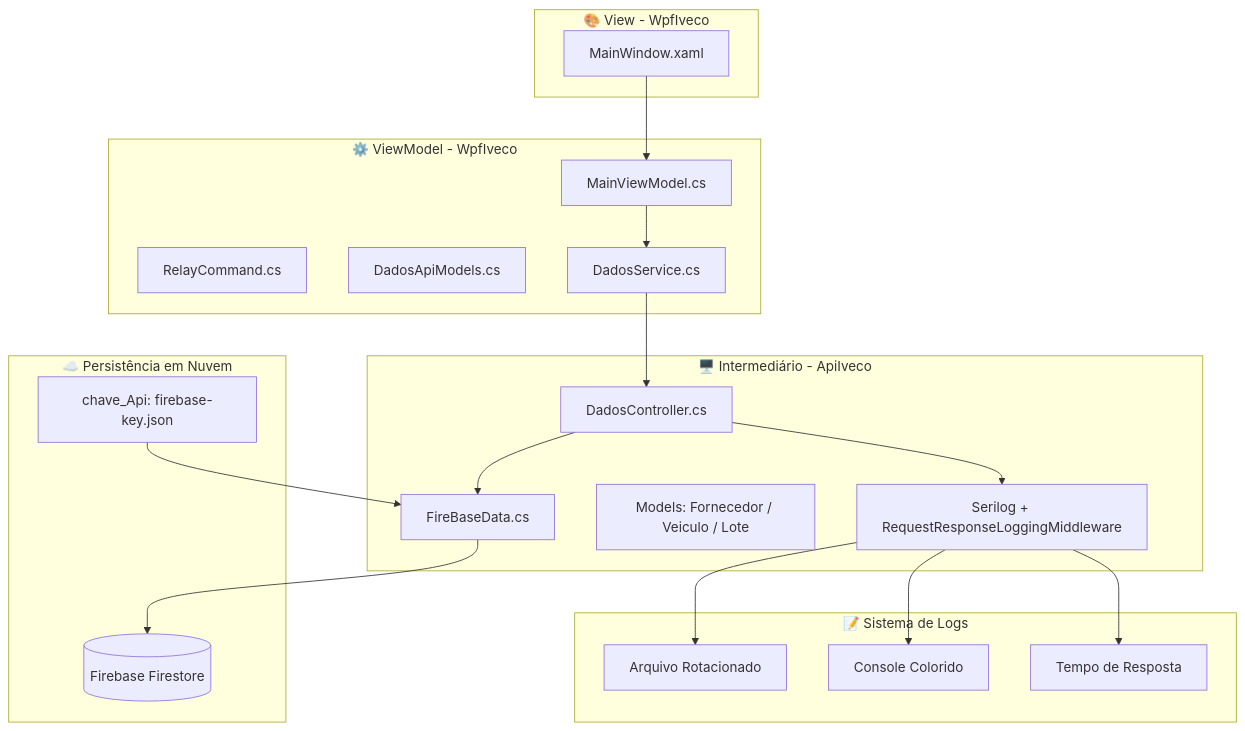
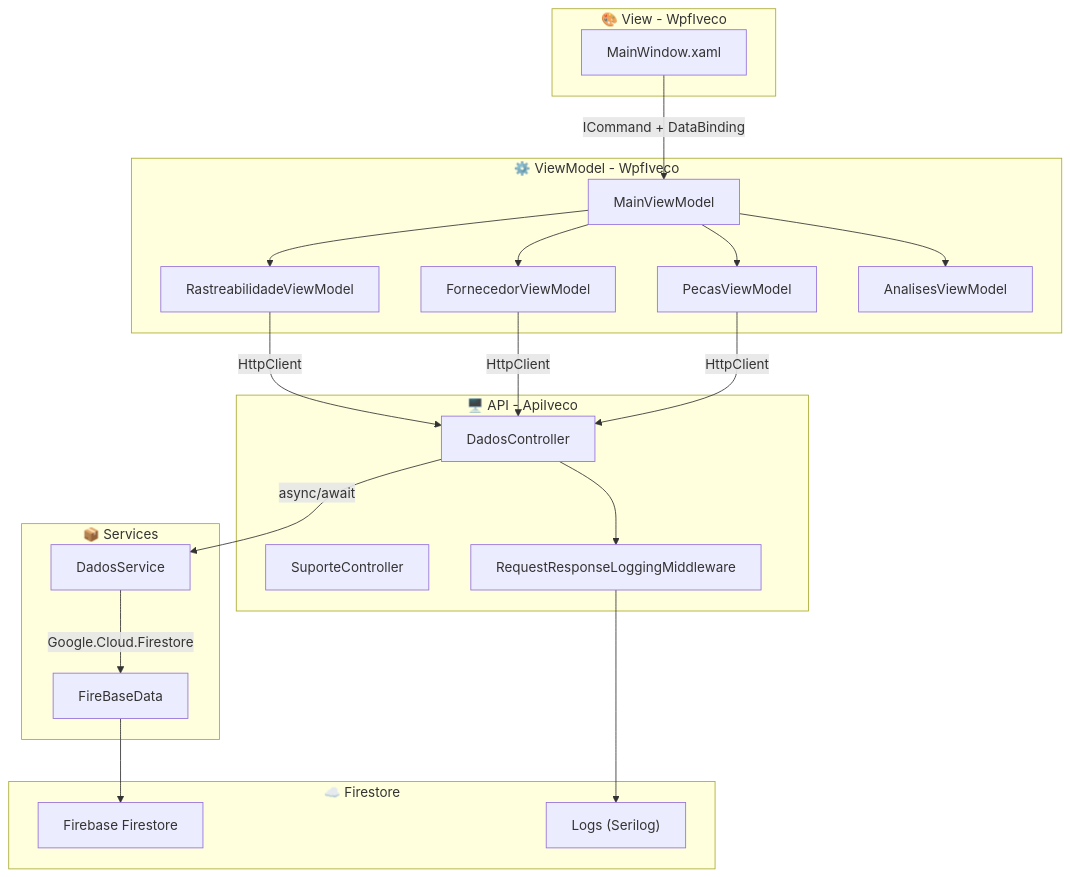
One commit to NicolasOlim/Ivec_Green_Ledger changed the first of 2 diagrams in README.md. Above: the diagram before and after it, drawn with Mermaid. The commit also changed other lines of this file, not shown here.

````diff
--- a/README.md
+++ b/README.md
@@ -104,40 +112,47 @@
 ```mermaid
 graph TD
-    subgraph Camada_View [🎨 View - WpfIveco]
-        MW[MainWindow.xaml]
+    subgraph Camada_View ["🎨 View - WpfIveco"]
+        MW["MainWindow.xaml"]
     end
     
-    subgraph Camada_ViewModel [⚙️ ViewModel - WpfIveco]
-        MVM[MainViewModel.cs]
-        RC[RelayCommand.cs]
-        M_Wpf[DadosApiModels.cs]
-        S_Wpf[DadosService.cs]
+    subgraph Camada_ViewModel ["⚙️ ViewModel - WpfIveco"]
+        MVM["MainViewModel"]
+        RVM["RastreabilidadeViewModel"]
+        FVM["FornecedorViewModel"]
+        PVM["PecasViewModel"]
+        AVM["AnalisesViewModel"]
     end
     
-    subgraph Camada_BackEnd [🖥️ Intermediário - ApiIveco]
-        CTRL[DadosController.cs]
-        S_Api[FireBaseData.cs]
-        Models[Models: Fornecedor / Veiculo / Lote]
-        LOGS[Serilog + RequestResponseLoggingMiddleware]
+    subgraph Camada_API ["🖥️ API - ApiIveco"]
+        CTRL["DadosController"]
+        SUP["SuporteController"]
+        LOG["RequestResponseLoggingMiddleware"]
     end
 
-    subgraph Camada_Data [☁️ Persistência em Nuvem]
-        KEY[chave_Api: firebase-key.json] --> S_Api
-        S_Api --> FS[(Firebase Firestore)]
+    subgraph Camada_Service ["📦 Services"]
+        DS["DadosService"]
+        FB["FireBaseData"]
+    end
+
+    subgraph Camada_Data ["☁️ Firestore"]
+        DB["Firebase Firestore"]
+        LOGS["Logs (Serilog)"]
     end
     
-    subgraph Camada_Logs [📝 Sistema de Logs]
-        FILE[Arquivo Rotacionado]
-        CONSOLE[Console Colorido]
-        RESPONSE[Tempo de Resposta]
-    end
+    MW -->|ICommand + DataBinding| MVM
+    MVM --> RVM
+    MVM --> FVM
+    MVM --> PVM
+    MVM --> AVM
     
-    MW --> MVM
-    MVM --> S_Wpf
-    S_Wpf --> CTRL
-    CTRL --> S_Api
-    CTRL --> LOGS
-    LOGS --> FILE
-    LOGS --> CONSOLE
-    LOGS --> RESPONSE
+    RVM -->|HttpClient| CTRL
+    FVM -->|HttpClient| CTRL
+    PVM -->|HttpClient| CTRL
+    
+    CTRL -->|async/await| DS
+    DS -->|Google.Cloud.Firestore| FB
+    FB --> DB
+    
+    CTRL --> LOG
+    LOG --> LOGS
 ```
````
